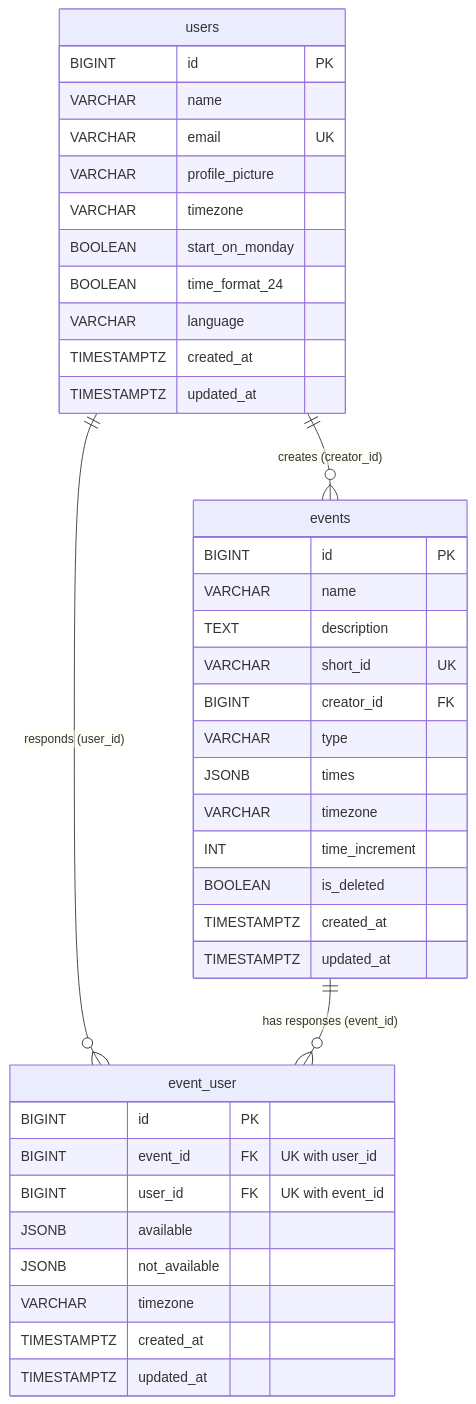
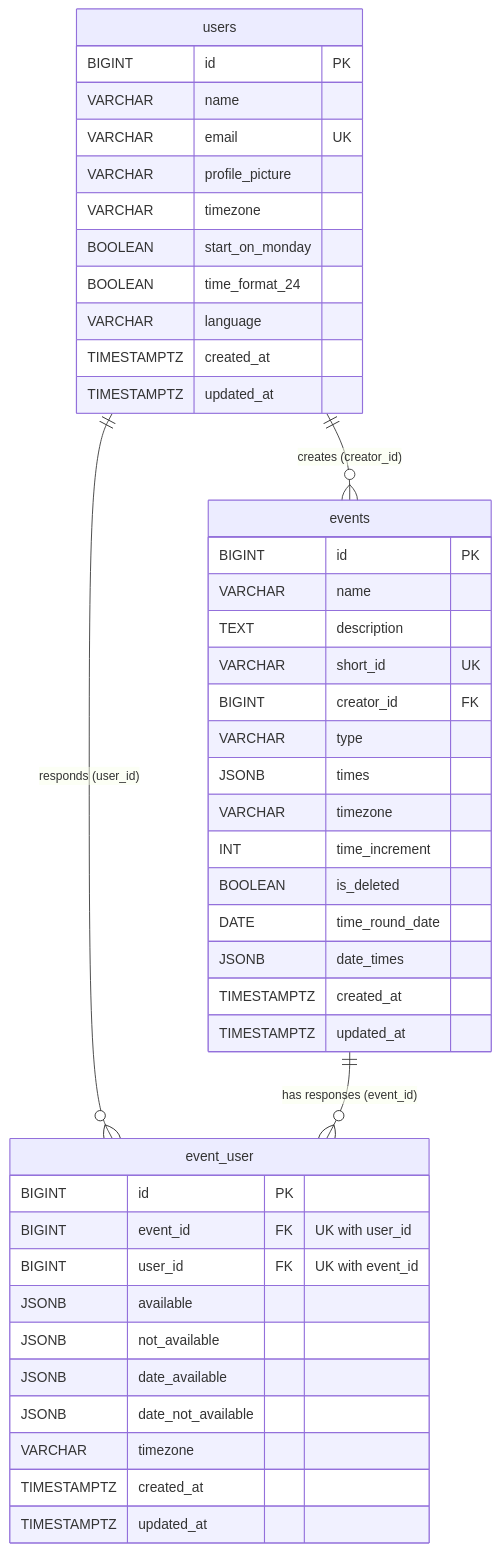
Before and after one commit to tomimarkus991/gatherr: the diagram in docs/c4/database.md, drawn with Mermaid. The commit also changed other lines of this file and 29 other files, not shown here.

First line of the commit message:
feat: Let organiser pick a time on the best date (#142)

````diff
--- a/docs/c4/database.md
+++ b/docs/c4/database.md
@@ -10,42 +10,46 @@
 ```mermaid
 erDiagram
   users {
     BIGINT id PK
     VARCHAR name
     VARCHAR email UK
     VARCHAR profile_picture
     VARCHAR timezone
     BOOLEAN start_on_monday
     BOOLEAN time_format_24
     VARCHAR language
     TIMESTAMPTZ created_at
     TIMESTAMPTZ updated_at
   }
   events {
     BIGINT id PK
     VARCHAR name
     TEXT description
     VARCHAR short_id UK
     BIGINT creator_id FK
     VARCHAR type
     JSONB times
     VARCHAR timezone
     INT time_increment
     BOOLEAN is_deleted
+    DATE time_round_date
+    JSONB date_times
     TIMESTAMPTZ created_at
     TIMESTAMPTZ updated_at
   }
   event_user {
     BIGINT id PK
     BIGINT event_id FK "UK with user_id"
     BIGINT user_id FK "UK with event_id"
     JSONB available
     JSONB not_available
+    JSONB date_available
+    JSONB date_not_available
     VARCHAR timezone
     TIMESTAMPTZ created_at
     TIMESTAMPTZ updated_at
   }
   users ||--o{ events : "creates (creator_id)"
   users ||--o{ event_user : "responds (user_id)"
   events ||--o{ event_user : "has responses (event_id)"
 ```
````
